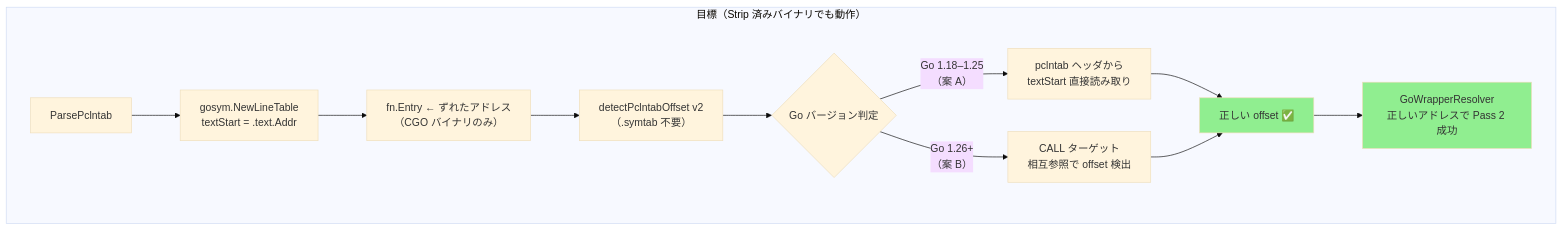
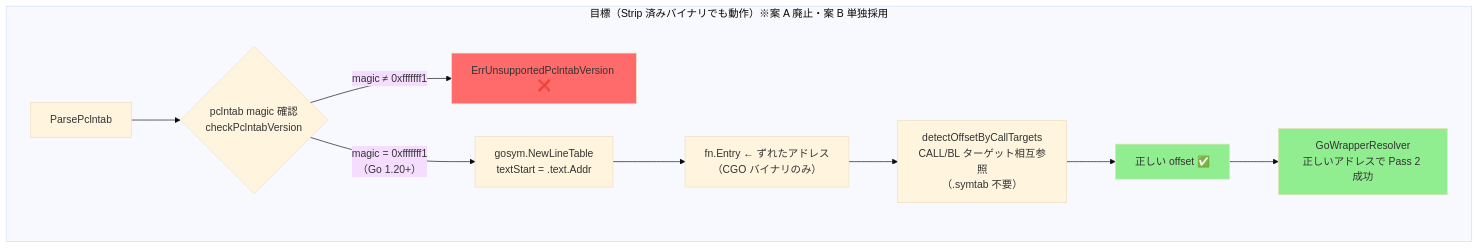
Before and after one commit to isseis/go-safe-cmd-runner: the second of 3 diagrams in docs/tasks/0077_cgo_binary_network_detection/06_architecture_pclntab_symtab_free.md, drawn with Mermaid (base theme).

Commit message:
docs(0077): update "目標" diagram to reflect adopted design (案 B only)
Remove the defunct 案 A / Go version branching from the "目標" flowchart
and replace it with the actual design: checkPclntabVersion magic gate
(0xfffffff1 / Go 1.20+) followed by detectOffsetByCallTargets as the
sole offset detection mechanism.

````diff
--- a/docs/tasks/0077_cgo_binary_network_detection/06_architecture_pclntab_symtab_free.md
+++ b/docs/tasks/0077_cgo_binary_network_detection/06_architecture_pclntab_symtab_free.md
@@ -21,17 +21,16 @@
 ```mermaid
 flowchart TD
-    subgraph 目標["目標（Strip 済みバイナリでも動作）"]
-        A2[ParsePclntab] --> B2["gosym.NewLineTable<br>textStart = .text.Addr"]
+    subgraph 目標["目標（Strip 済みバイナリでも動作）※案 A 廃止・案 B 単独採用"]
+        A2[ParsePclntab] --> M2{"pclntab magic 確認<br>checkPclntabVersion"}
+        M2 -->|"magic ≠ 0xfffffff1"| ERR2["ErrUnsupportedPclntabVersion ❌"]
+        M2 -->|"magic = 0xfffffff1<br>（Go 1.20+）"| B2["gosym.NewLineTable<br>textStart = .text.Addr"]
         B2 --> C2["fn.Entry ← ずれたアドレス<br>（CGO バイナリのみ）"]
-        C2 --> D2["detectPclntabOffset v2<br>（.symtab 不要）"]
-        D2 --> E2{Go バージョン判定}
-        E2 -->|"Go 1.18–1.25<br>（案 A）"| F2["pclntab ヘッダから<br>textStart 直接読み取り"]
-        E2 -->|"Go 1.26+<br>（案 B）"| G2["CALL ターゲット<br>相互参照で offset 検出"]
-        F2 --> H2["正しい offset ✅"]
-        G2 --> H2
+        C2 --> D2["detectOffsetByCallTargets<br>CALL/BL ターゲット相互参照<br>（.symtab 不要）"]
+        D2 --> H2["正しい offset ✅"]
         H2 --> I2["GoWrapperResolver<br>正しいアドレスで Pass 2 成功"]
     end
 
     style H2 fill:#90ee90
     style I2 fill:#90ee90
+    style ERR2 fill:#ff6b6b
 ```
````
